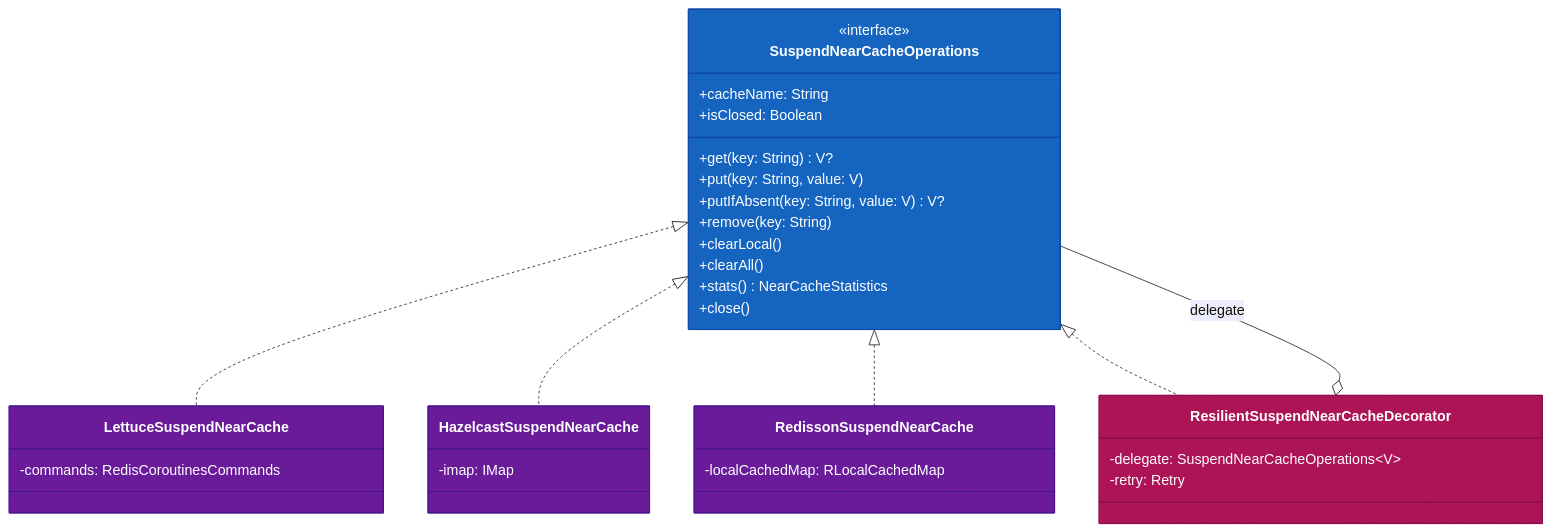
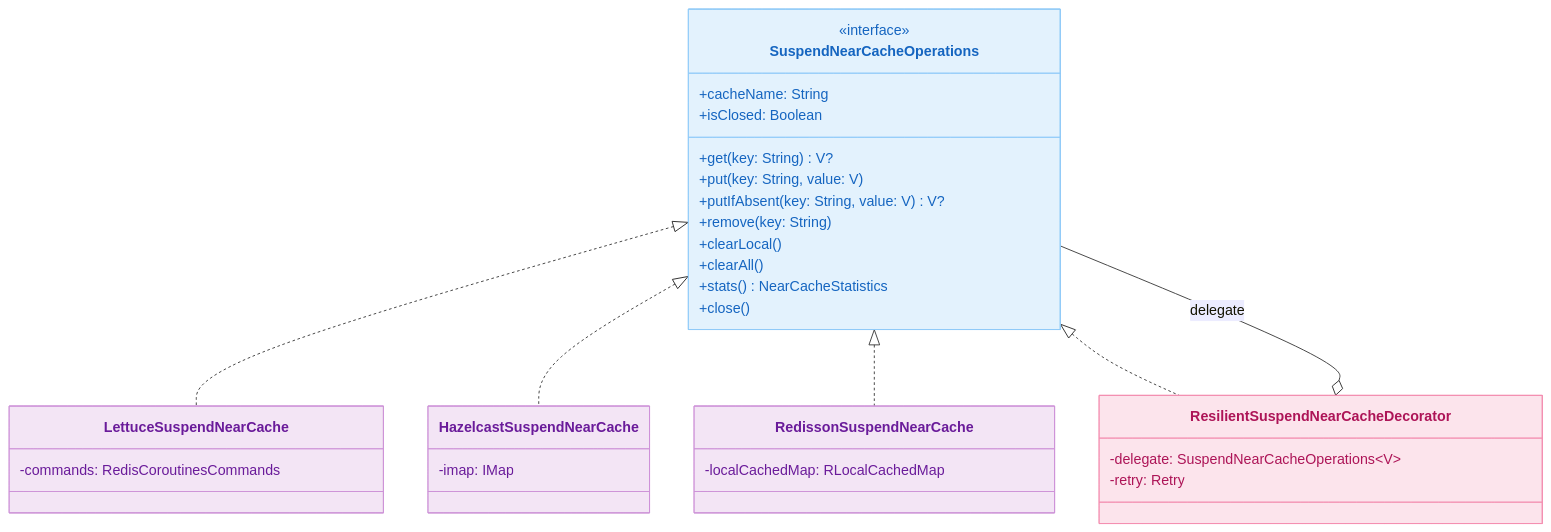
The fourth of 7 diagrams in infra/cache-core/README.ko.md (bluetape4k/bluetape4k-projects), drawn with Mermaid before and after one commit. The commit also changed other lines of this file and 219 other files, not shown here.

First line of the commit message:
docs: 전체 README Mermaid 다이어그램 가이드 적용

````diff
--- a/infra/cache-core/README.ko.md
+++ b/infra/cache-core/README.ko.md
@@ -167,46 +155,46 @@
 ```mermaid
 classDiagram
     class SuspendNearCacheOperations {
         <<interface>>
         +cacheName: String
         +isClosed: Boolean
         +get(key: String) V?
         +put(key: String, value: V)
         +putIfAbsent(key: String, value: V) V?
         +remove(key: String)
         +clearLocal()
         +clearAll()
         +stats() NearCacheStatistics
         +close()
     }
 
     class ResilientSuspendNearCacheDecorator {
         -delegate: SuspendNearCacheOperations~V~
         -retry: Retry
     }
 
     class LettuceSuspendNearCache {
         -commands: RedisCoroutinesCommands
     }
 
     class HazelcastSuspendNearCache {
         -imap: IMap
     }
 
     class RedissonSuspendNearCache {
         -localCachedMap: RLocalCachedMap
     }
 
     SuspendNearCacheOperations <|.. LettuceSuspendNearCache
     SuspendNearCacheOperations <|.. HazelcastSuspendNearCache
     SuspendNearCacheOperations <|.. RedissonSuspendNearCache
     SuspendNearCacheOperations <|.. ResilientSuspendNearCacheDecorator
     SuspendNearCacheOperations --o ResilientSuspendNearCacheDecorator : delegate
 
-    style SuspendNearCacheOperations fill:#1565C0,stroke:#0D47A1,color:#FFFFFF
-    style ResilientSuspendNearCacheDecorator fill:#AD1457,stroke:#880E4F,color:#FFFFFF
-    style LettuceSuspendNearCache fill:#6A1B9A,stroke:#4A148C,color:#FFFFFF
-    style HazelcastSuspendNearCache fill:#6A1B9A,stroke:#4A148C,color:#FFFFFF
-    style RedissonSuspendNearCache fill:#6A1B9A,stroke:#4A148C,color:#FFFFFF
+    style SuspendNearCacheOperations fill:#E3F2FD,stroke:#90CAF9,color:#1565C0
+    style ResilientSuspendNearCacheDecorator fill:#FCE4EC,stroke:#F48FB1,color:#AD1457
+    style LettuceSuspendNearCache fill:#F3E5F5,stroke:#CE93D8,color:#6A1B9A
+    style HazelcastSuspendNearCache fill:#F3E5F5,stroke:#CE93D8,color:#6A1B9A
+    style RedissonSuspendNearCache fill:#F3E5F5,stroke:#CE93D8,color:#6A1B9A
 
 ```
````
